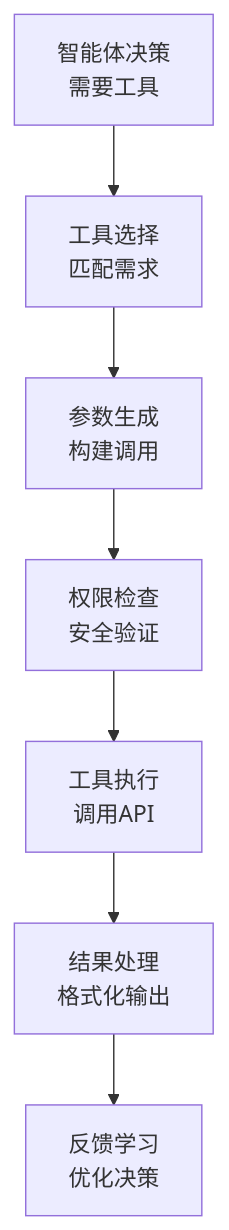
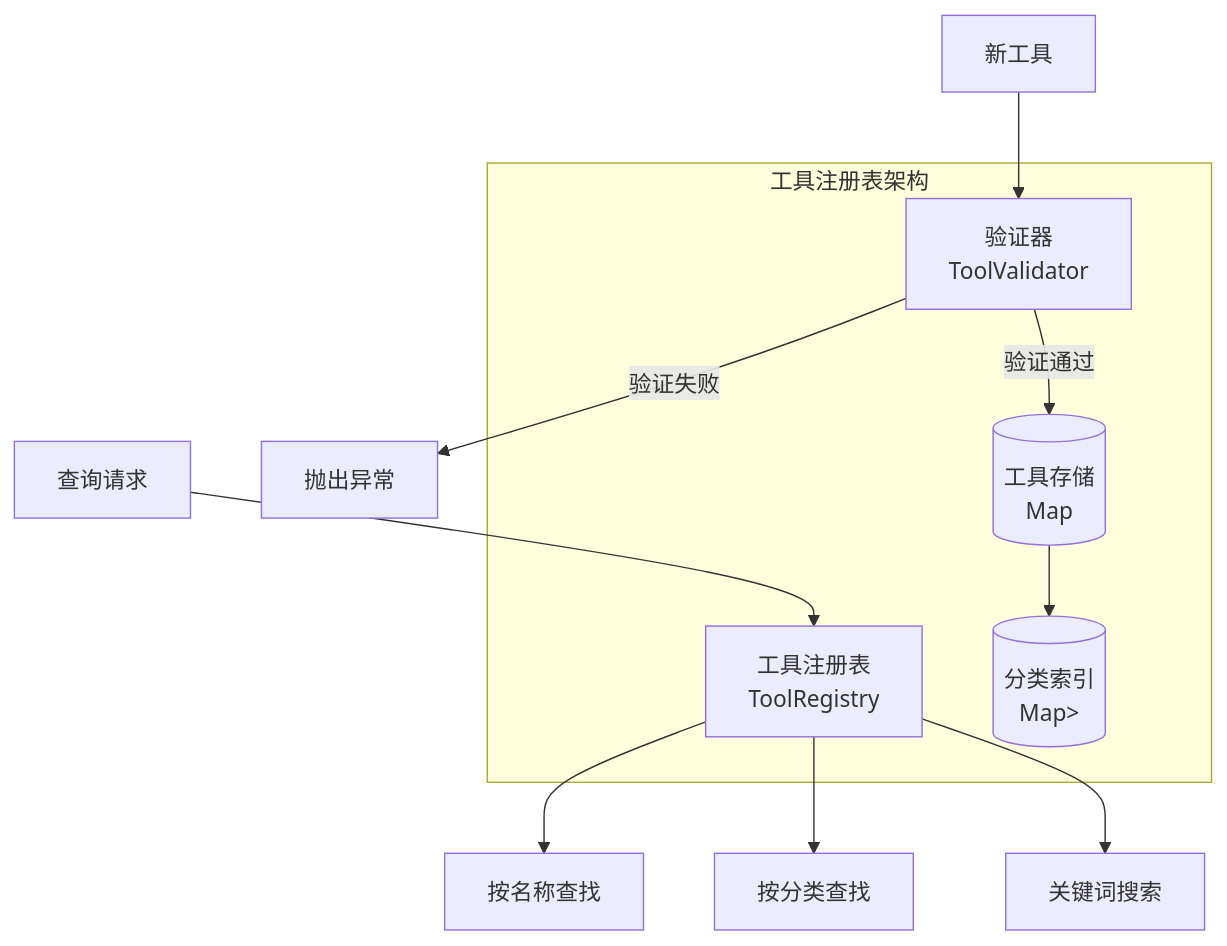
Before and after one commit to Leavesfly/TinyAI: the second of 5 diagrams in book/part3-agents/chapter16-agent-foundation/16.4-tool-calling-empowering-agents-with-action-capabilities.md, drawn with Mermaid. The commit also changed other lines of this file and 40 other files, not shown here.

````diff
--- a/book/part3-agents/chapter16-agent-foundation/16.4-tool-calling-empowering-agents-with-action-capabilities.md
+++ b/book/part3-agents/chapter16-agent-foundation/16.4-tool-calling-empowering-agents-with-action-capabilities.md
@@ -24,9 +144,19 @@
 ```mermaid
 graph TB
-    A[智能体决策<br/>需要工具] --> B[工具选择<br/>匹配需求]
-    B --> C[参数生成<br/>构建调用]
-    C --> D[权限检查<br/>安全验证]
-    D --> E[工具执行<br/>调用API]
-    E --> F[结果处理<br/>格式化输出]
-    F --> G[反馈学习<br/>优化决策]
+    subgraph "工具注册表架构"
+        A[工具注册表<br/>ToolRegistry]
+        B[(工具存储<br/>Map<String, Tool>)]
+        C[(分类索引<br/>Map<Category, List<Tool>>)]
+        D[验证器<br/>ToolValidator]
+    end
+    
+    E[新工具] --> D
+    D -->|验证通过| B
+    D -->|验证失败| F[抛出异常]
+    B --> C
+    
+    G[查询请求] --> A
+    A --> H[按名称查找]
+    A --> I[按分类查找]
+    A --> J[关键词搜索]
 ```
````
